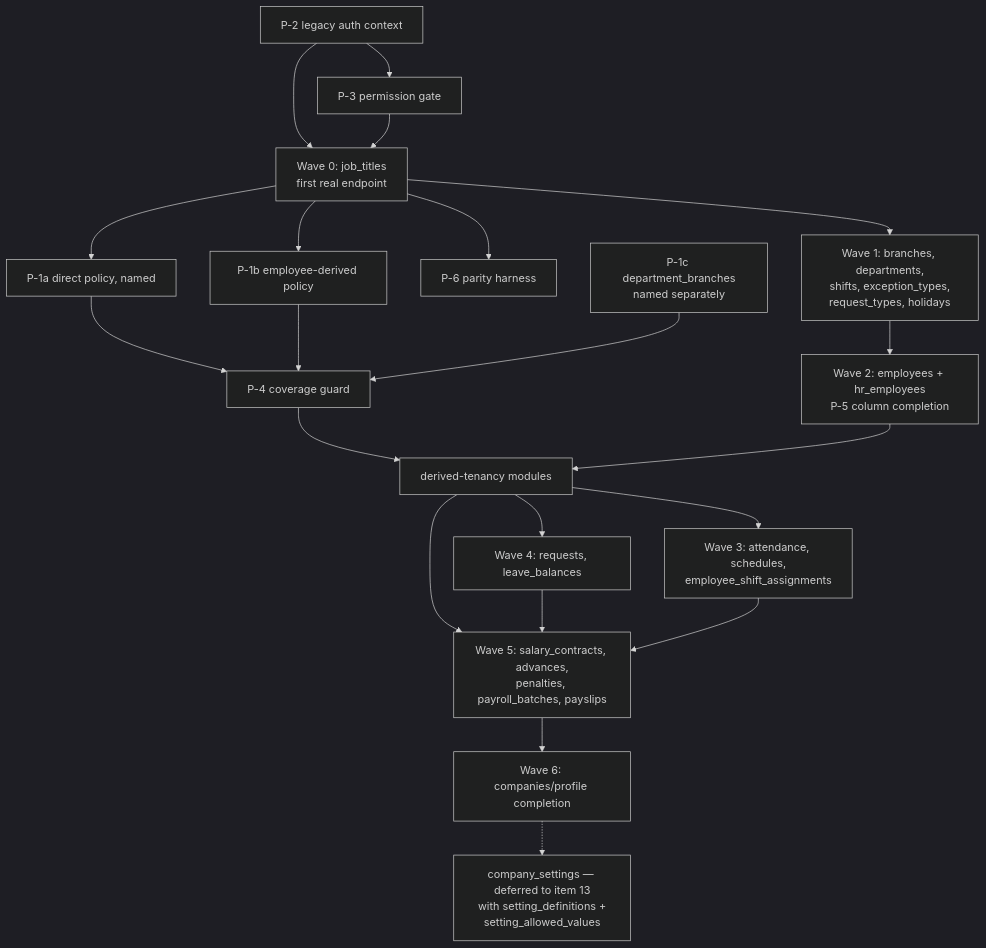
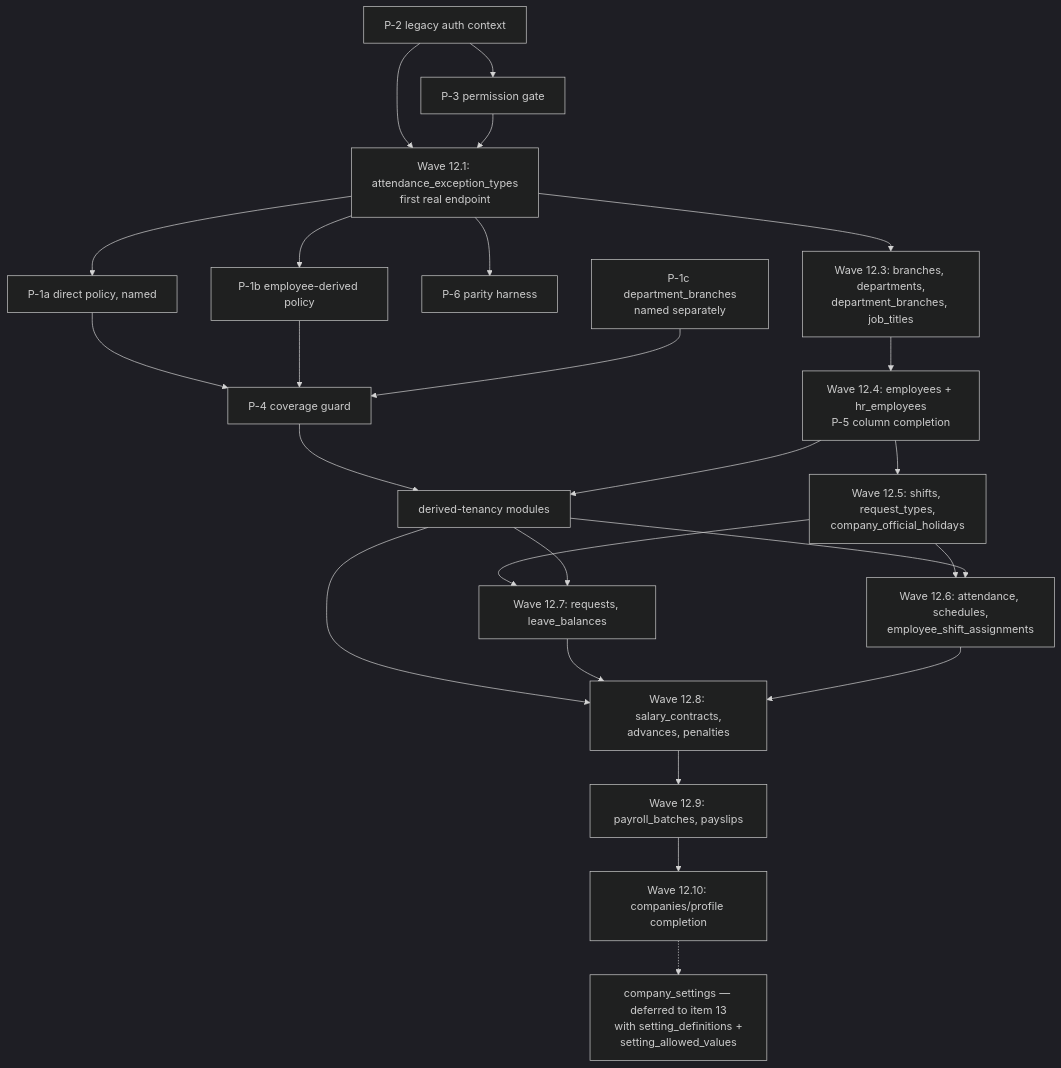
One commit to workin-hr/hr-platform changed the diagram in docs/migration/2026-08-18-item-12-specification.md. Above: the diagram before and after it, drawn with Mermaid (dark theme). The commit also changed other lines of this file and 3 other files, not shown here.

First line of the commit message:
docs(phase1): define Wave 12.4 employee migration boundary (#109)

````diff
--- a/docs/migration/2026-08-18-item-12-specification.md
+++ b/docs/migration/2026-08-18-item-12-specification.md
@@ -386,24 +396,28 @@
 ```mermaid
 graph TD
   P2[P-2 legacy auth context] --> P3[P-3 permission gate]
   P2 --> W0
   P3 --> W0
-  W0[Wave 0: job_titles<br/>first real endpoint] --> P1B[P-1b employee-derived policy]
+  W0[Wave 12.1: attendance_exception_types<br/>first real endpoint] --> P1B[P-1b employee-derived policy]
   W0 --> P1A[P-1a direct policy, named]
   W0 --> P6[P-6 parity harness]
   P1A --> P4[P-4 coverage guard]
   P1B --> P4
   P1C[P-1c department_branches<br/>named separately] --> P4
   P4 --> D[derived-tenancy modules]
 
-  W0 --> ORG[Wave 1: branches, departments,<br/>shifts, exception_types,<br/>request_types, holidays]
-  ORG --> EMP[Wave 2: employees + hr_employees<br/>P-5 column completion]
+  W0 --> ORG[Wave 12.3: branches, departments,<br/>department_branches, job_titles]
+  ORG --> EMP[Wave 12.4: employees + hr_employees<br/>P-5 column completion]
+  EMP --> MASTER[Wave 12.5: shifts, request_types,<br/>company_official_holidays]
   EMP --> D
-  D --> ATT[Wave 3: attendance, schedules,<br/>employee_shift_assignments]
-  D --> REQ[Wave 4: requests, leave_balances]
-  D --> PAY[Wave 5: salary_contracts, advances,<br/>penalties, payroll_batches, payslips]
+  MASTER --> ATT[Wave 12.6: attendance, schedules,<br/>employee_shift_assignments]
+  MASTER --> REQ[Wave 12.7: requests, leave_balances]
+  D --> ATT
+  D --> REQ
+  D --> PAY[Wave 12.8: salary_contracts,<br/>advances, penalties]
   REQ --> PAY
   ATT --> PAY
-  PAY --> CS[Wave 6: companies/profile completion]
+  PAY --> RUN[Wave 12.9: payroll_batches, payslips]
+  RUN --> CS[Wave 12.10: companies/profile completion]
   CS -.-> I13[company_settings — deferred to item 13<br/>with setting_definitions +<br/>setting_allowed_values]
 ```
````
